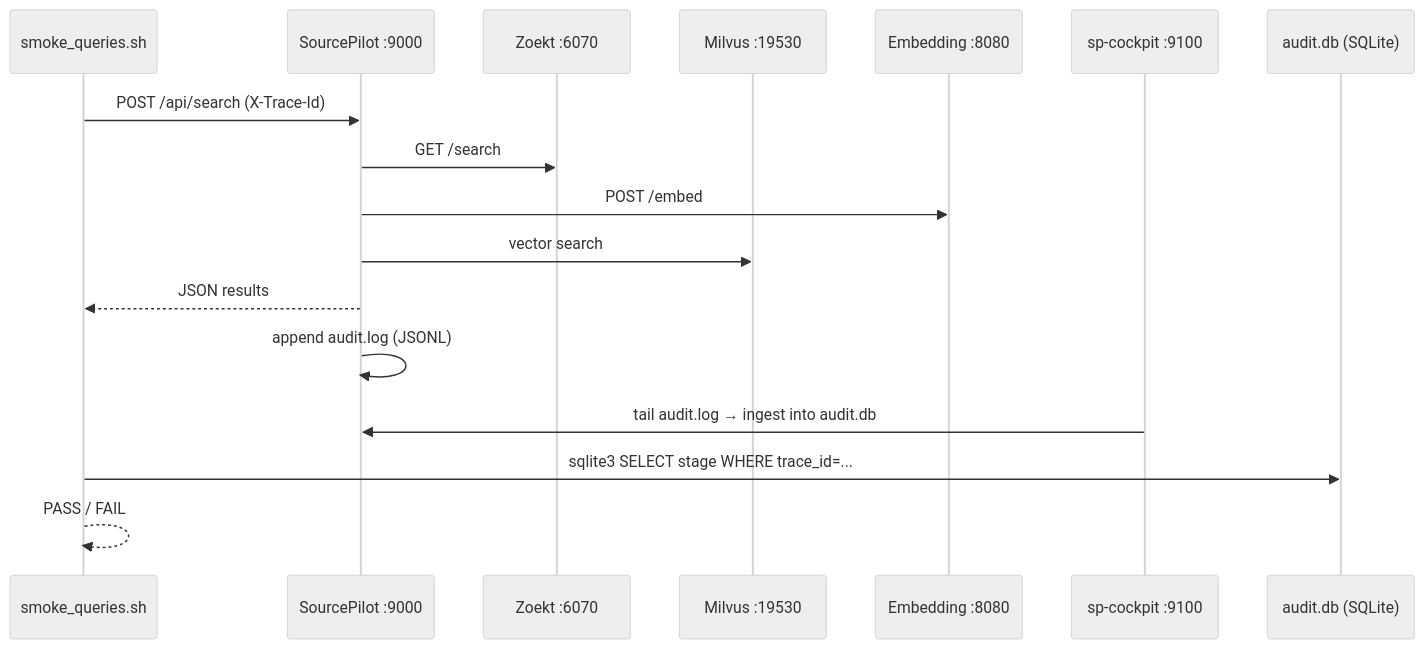
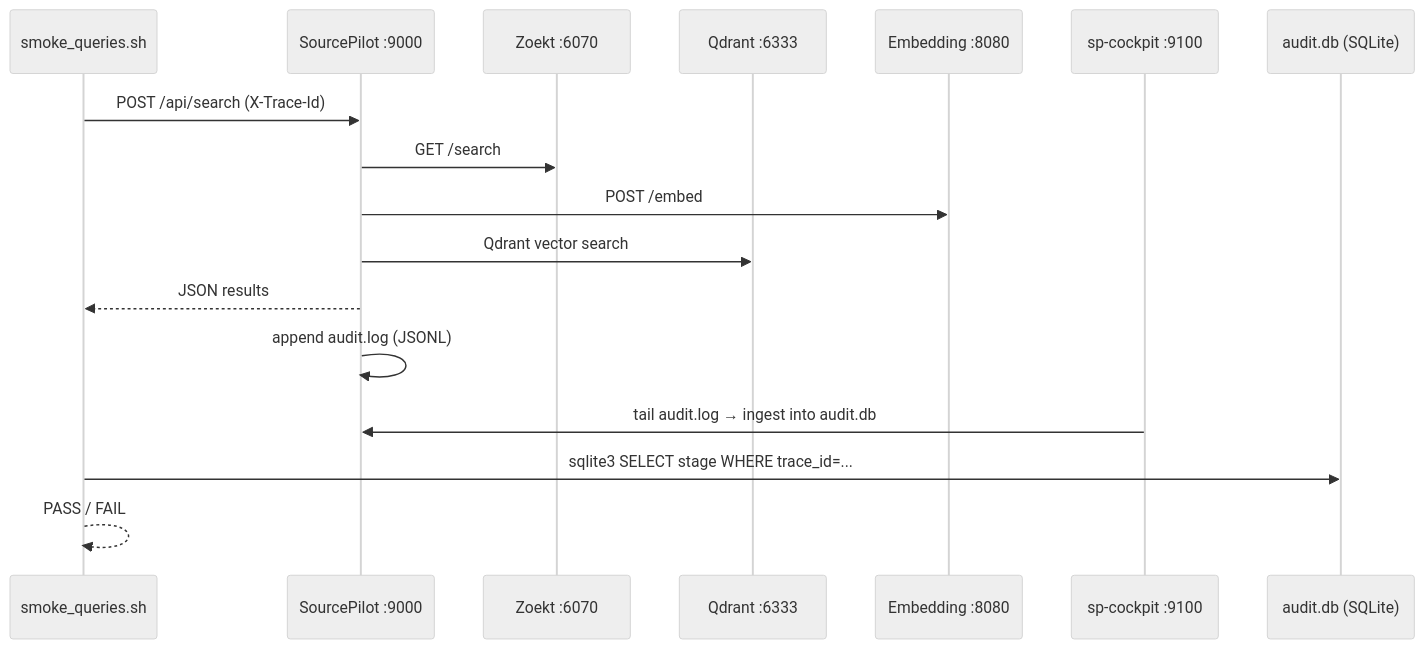
Before and after one commit to INNERJOINT/SourcePilot: the second of 2 diagrams in docs/testing/architecture.md, drawn with Mermaid (neutral theme). The commit also changed other lines of this file and 28 other files, not shown here.

First line of the commit message:
docs(dense): finish Milvus -> Qdrant migration in docs and comments

````diff
--- a/docs/testing/architecture.md
+++ b/docs/testing/architecture.md
@@ -102,20 +102,20 @@
 ```mermaid
 sequenceDiagram
     participant User as smoke_queries.sh
     participant SP as SourcePilot :9000
     participant Zoekt as Zoekt :6070
-    participant Milvus as Milvus :19530
+    participant Qdrant as Qdrant :6333
     participant Emb as Embedding :8080
     participant AV as sp-cockpit :9100
     participant DB as audit.db (SQLite)
 
     User->>SP: POST /api/search (X-Trace-Id)
     SP->>Zoekt: GET /search
     SP->>Emb: POST /embed
-    SP->>Milvus: vector search
+    SP->>Qdrant: Qdrant vector search
     SP-->>User: JSON results
     SP->>SP: append audit.log (JSONL)
     AV->>SP: tail audit.log → ingest into audit.db
     User->>DB: sqlite3 SELECT stage WHERE trace_id=...
     User-->>User: PASS / FAIL
 ```
````
